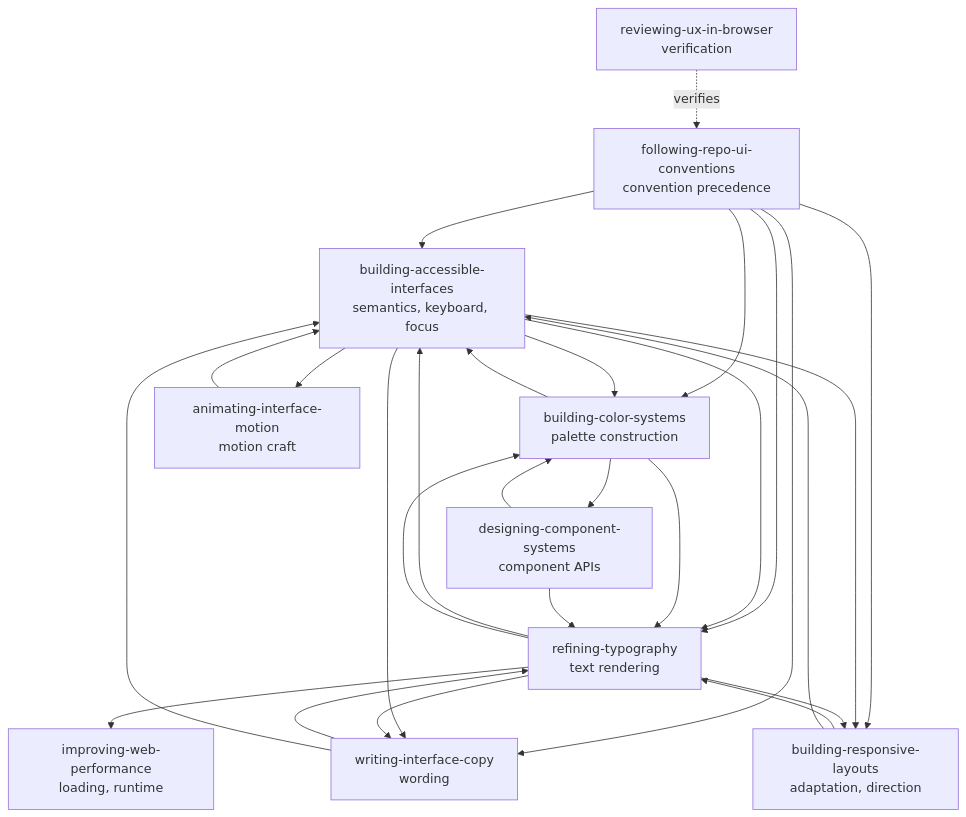
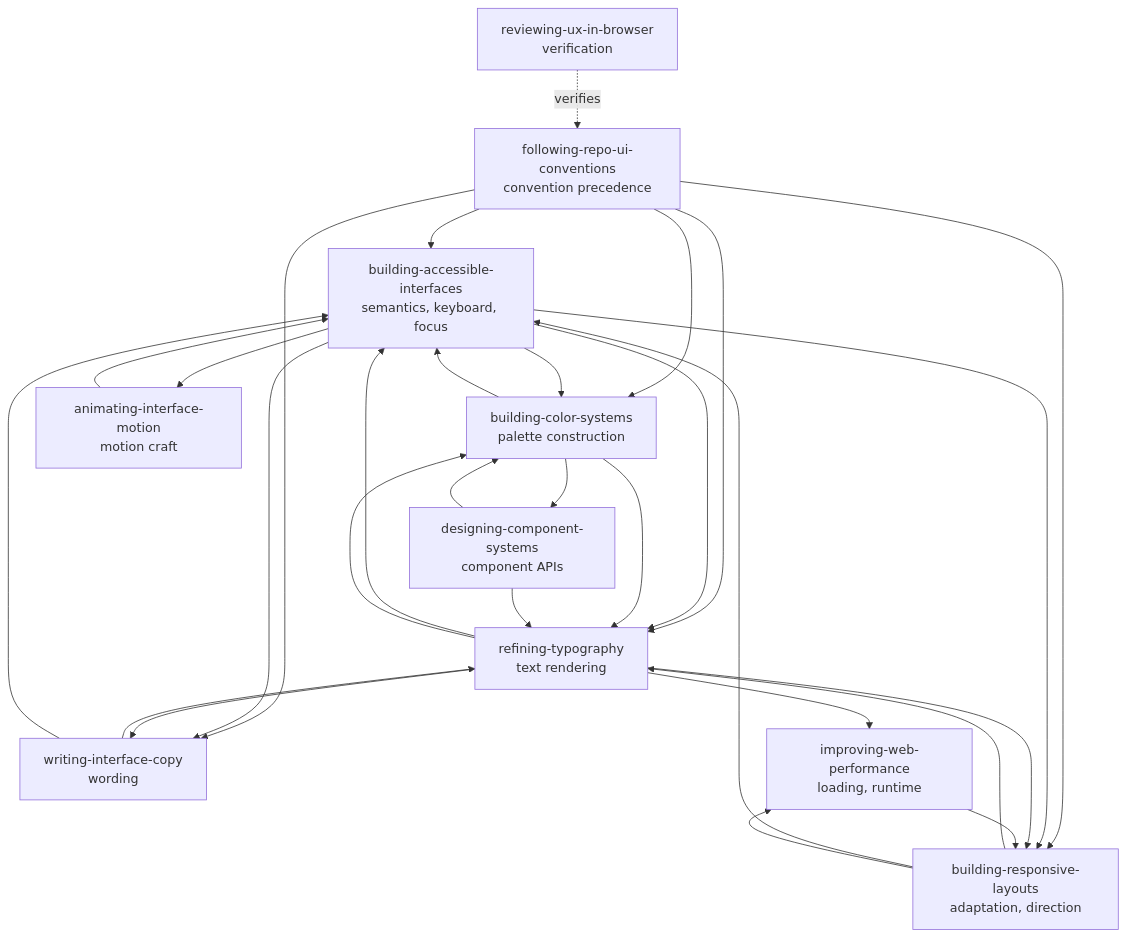
One commit to audacioustux/agents changed the diagram in .agents/skills/README.md. Above: the diagram before and after it, drawn with Mermaid.

Commit message:
Draw the two perf edges the README claimed were already there
Deduplicating the layout-shift rules created uses: edges in both
directions between building-responsive-layouts and improving-web-performance,
but the diagram was never updated. The README states every solid arrow is a
declared uses: edge, so that invariant was false in the committed tree: 27
declared edges against 25 drawn.

Both directions now drawn. Parity checked by parsing the mermaid aliases and
diffing edge sets against the frontmatter, rather than by eye.

````diff
--- a/.agents/skills/README.md
+++ b/.agents/skills/README.md
@@ -75,24 +75,25 @@
 ```mermaid
 flowchart TD
   conv["following-repo-ui-conventions<br/>convention precedence"]
   a11y["building-accessible-interfaces<br/>semantics, keyboard, focus"]
   layout["building-responsive-layouts<br/>adaptation, direction"]
   type["refining-typography<br/>text rendering"]
   color["building-color-systems<br/>palette construction"]
   copy["writing-interface-copy<br/>wording"]
   comp["designing-component-systems<br/>component APIs"]
   perf["improving-web-performance<br/>loading, runtime"]
   motion["animating-interface-motion<br/>motion craft"]
   browser["reviewing-ux-in-browser<br/>verification"]
 
   conv --> a11y & layout & type & color & copy
   a11y --> color & type & copy & layout & motion
-  layout --> type & a11y
+  layout --> type & a11y & perf
   type --> a11y & color & copy & perf & layout
   color --> a11y & comp & type
   copy --> type & a11y
   comp --> color & type
   motion --> a11y
+  perf --> layout
 
   browser -.->|verifies| conv
 ```
````
